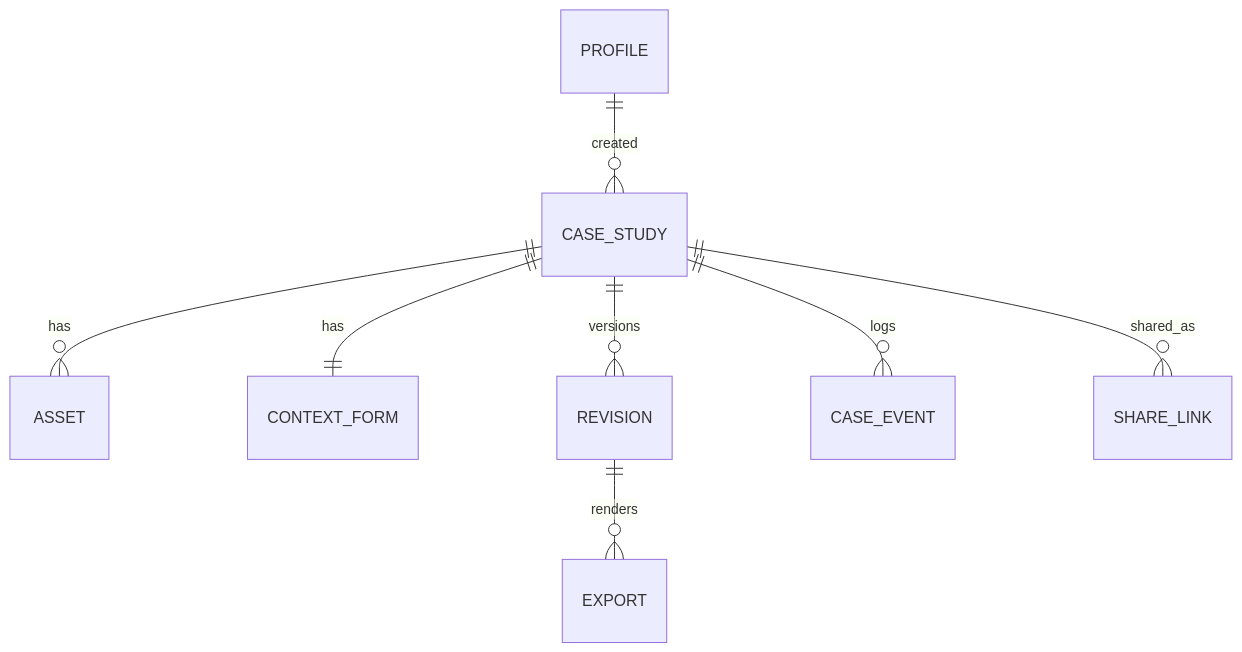
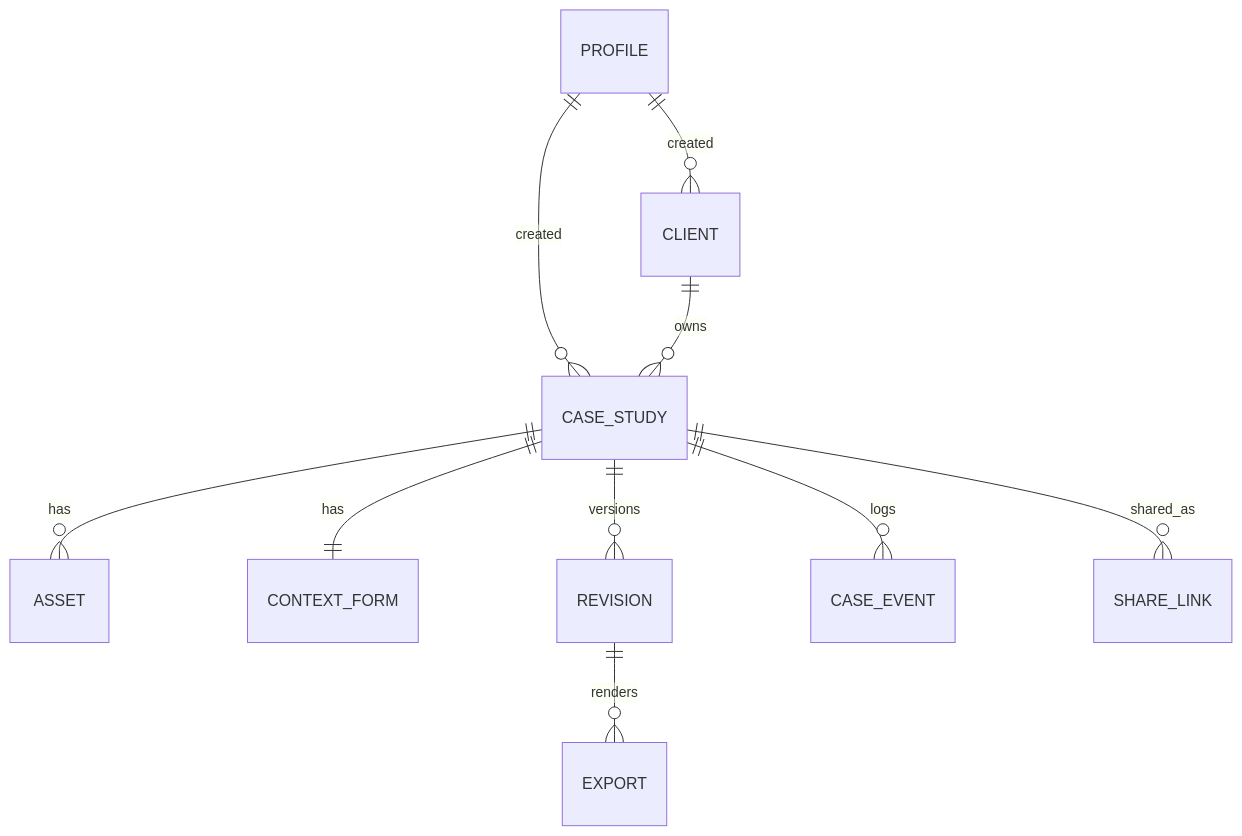
Before and after one commit to mac-sonja/mac-recap: the fourth of 5 diagrams in _bmad-output/planning-artifacts/architecture/architecture-MAC Recap-2026-10-08/ARCHITECTURE-SPINE.md, drawn with Mermaid. The commit also changed other lines of this file and 11 other files, not shown here.

````diff
--- a/_bmad-output/planning-artifacts/architecture/architecture-MAC Recap-2026-10-08/ARCHITECTURE-SPINE.md
+++ b/_bmad-output/planning-artifacts/architecture/architecture-MAC Recap-2026-10-08/ARCHITECTURE-SPINE.md
@@ -368,11 +390,14 @@
 ```mermaid
 erDiagram
   PROFILE ||--o{ CASE_STUDY : created
+  PROFILE ||--o{ CLIENT : created
+  CLIENT ||--o{ CASE_STUDY : owns
+  %% CASE_STUDY carries code + number (AD-21)
   CASE_STUDY ||--o{ ASSET : has
   %% ASSET carries is_favourite (boolean, default false; images and videos only, AD-14)
   CASE_STUDY ||--|| CONTEXT_FORM : has
   CASE_STUDY ||--o{ REVISION : versions
   CASE_STUDY ||--o{ CASE_EVENT : logs
   CASE_STUDY ||--o{ SHARE_LINK : shared_as
   REVISION ||--o{ EXPORT : renders
 ```
````
